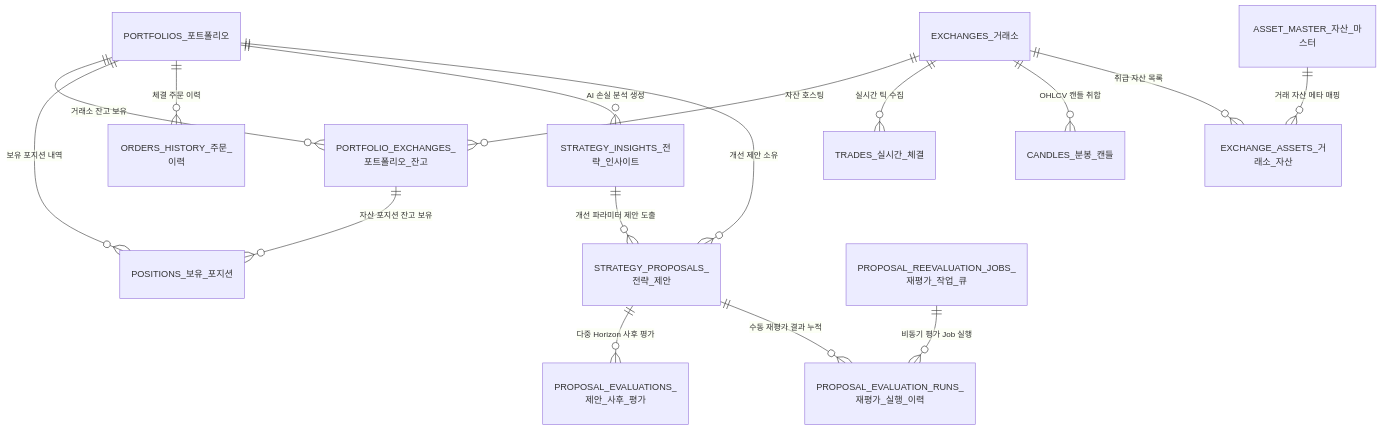
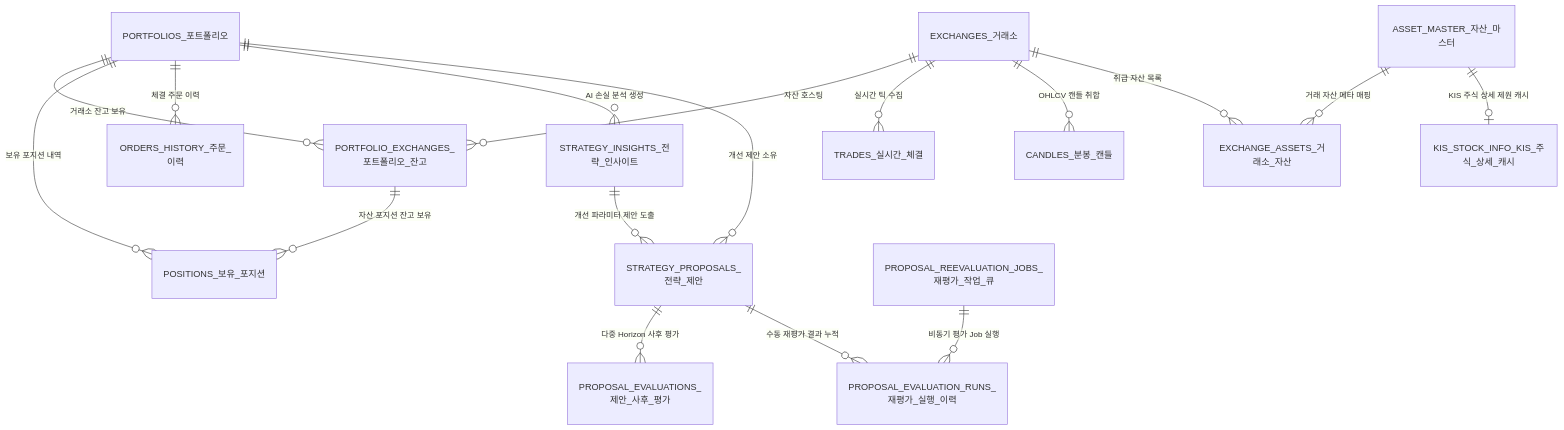
The first of 5 diagrams in docs/database.md (yslsoft-ui/ATS), drawn with Mermaid before and after one commit. The commit also changed other lines of this file and 16 other files, not shown here.

````diff
--- a/docs/database.md
+++ b/docs/database.md
@@ -48,23 +49,25 @@
 ```mermaid
 erDiagram
     PORTFOLIOS_포트폴리오 ||--o{ PORTFOLIO_EXCHANGES_포트폴리오_잔고 : "거래소 잔고 보유"
     PORTFOLIOS_포트폴리오 ||--o{ POSITIONS_보유_포지션 : "보유 포지션 내역"
     PORTFOLIOS_포트폴리오 ||--o{ ORDERS_HISTORY_주문_이력 : "체결 주문 이력"
     PORTFOLIOS_포트폴리오 ||--o{ STRATEGY_INSIGHTS_전략_인사이트 : "AI 손실 분석 생성"
     PORTFOLIOS_포트폴리오 ||--o{ STRATEGY_PROPOSALS_전략_제안 : "개선 제안 소유"
 
     EXCHANGES_거래소 ||--o{ PORTFOLIO_EXCHANGES_포트폴리오_잔고 : "자산 호스팅"
     EXCHANGES_거래소 ||--o{ TRADES_실시간_체결 : "실시간 틱 수집"
     EXCHANGES_거래소 ||--o{ CANDLES_분봉_캔들 : "OHLCV 캔들 취합"
     EXCHANGES_거래소 ||--o{ EXCHANGE_ASSETS_거래소_자산 : "취급 자산 목록"
     
     PORTFOLIO_EXCHANGES_포트폴리오_잔고 ||--o{ POSITIONS_보유_포지션 : "자산 포지션 잔고 보유"
     
     ASSET_MASTER_자산_마스터 ||--o{ EXCHANGE_ASSETS_거래소_자산 : "거래 자산 메타 매핑"
     
     STRATEGY_INSIGHTS_전략_인사이트 ||--o{ STRATEGY_PROPOSALS_전략_제안 : "개선 파라미터 제안 도출"
     STRATEGY_PROPOSALS_전략_제안 ||--o{ PROPOSAL_EVALUATIONS_제안_사후_평가 : "다중 Horizon 사후 평가"
     STRATEGY_PROPOSALS_전략_제안 ||--o{ PROPOSAL_EVALUATION_RUNS_재평가_실행_이력 : "수동 재평가 결과 누적"
     
     PROPOSAL_REEVALUATION_JOBS_재평가_작업_큐 ||--o{ PROPOSAL_EVALUATION_RUNS_재평가_실행_이력 : "비동기 평가 Job 실행"
+    
+    ASSET_MASTER_자산_마스터 ||--o| KIS_STOCK_INFO_KIS_주식_상세_캐시 : "KIS 주식 상세 제원 캐시"
 ```
````
